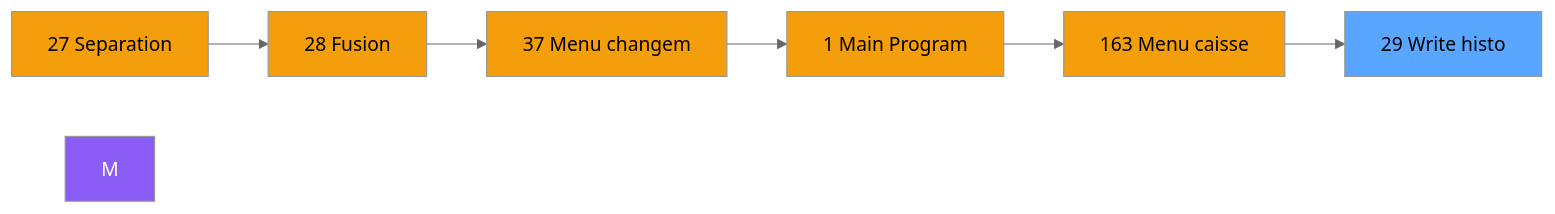
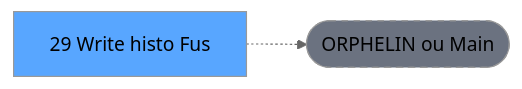
Before and after one commit to thonyAGP/lecteur-magic: the second of 3 diagrams in .openspec/specs/ADH-IDE-29.md, drawn with Mermaid (neutral theme). The commit also changed other lines of this file and 701 other files, not shown here.

````diff
--- a/.openspec/specs/ADH-IDE-29.md
+++ b/.openspec/specs/ADH-IDE-29.md
@@ -117,21 +117,8 @@
 ```mermaid
 graph LR
-    N27[27 Separation]
-    N28[28 Fusion]
-    N37[37 Menu changem]
-    N1[1 Main Program]
-    N163[163 Menu caisse ]
-    T[29 Write histo ]
-    N27 --> N28
-    N28 --> N37
-    N37 --> N1
-    N1 --> N163
-    N163 --> T
-    style M fill:#8b5cf6,color:#fff
-    style N27 fill:#f59e0b
-    style N28 fill:#f59e0b
-    style N37 fill:#f59e0b
-    style N1 fill:#f59e0b
-    style N163 fill:#f59e0b
+    T[29 Write histo Fus]
+    ORPHAN([ORPHELIN ou Main])
+    T -.-> ORPHAN
     style T fill:#58a6ff,color:#000
+    style ORPHAN fill:#6b7280,stroke-dasharray: 5 5
 ```
````
